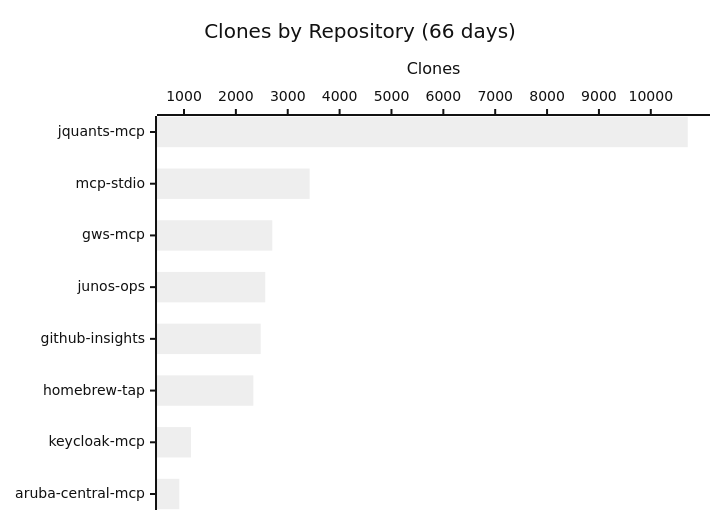
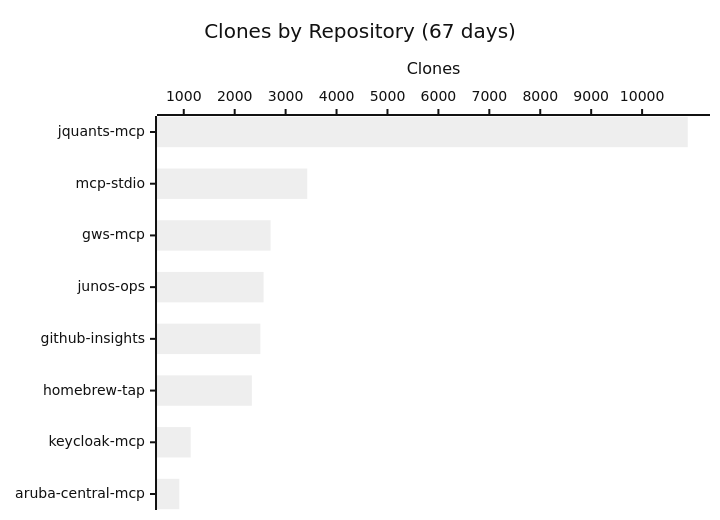
The third of 3 diagrams in README.md (shigechika/github-insights), drawn with Mermaid (neutral theme) before and after one commit. The commit also changed other lines of this file and 2 other files, not shown here.

````diff
--- a/README.md
+++ b/README.md
@@ -38,7 +38,7 @@
 ```mermaid
 xychart-beta horizontal
-    title "Clones by Repository (66 days)"
+    title "Clones by Repository (67 days)"
     x-axis ["jquants-mcp", "mcp-stdio", "gws-mcp", "junos-ops", "github-insights", "homebrew-tap", "keycloak-mcp", "aruba-central-mcp"]
     y-axis "Clones"
-    bar [10712, 3422, 2702, 2566, 2479, 2337, 1134, 909]
+    bar [10896, 3425, 2705, 2567, 2504, 2337, 1136, 912]
 ```
````
